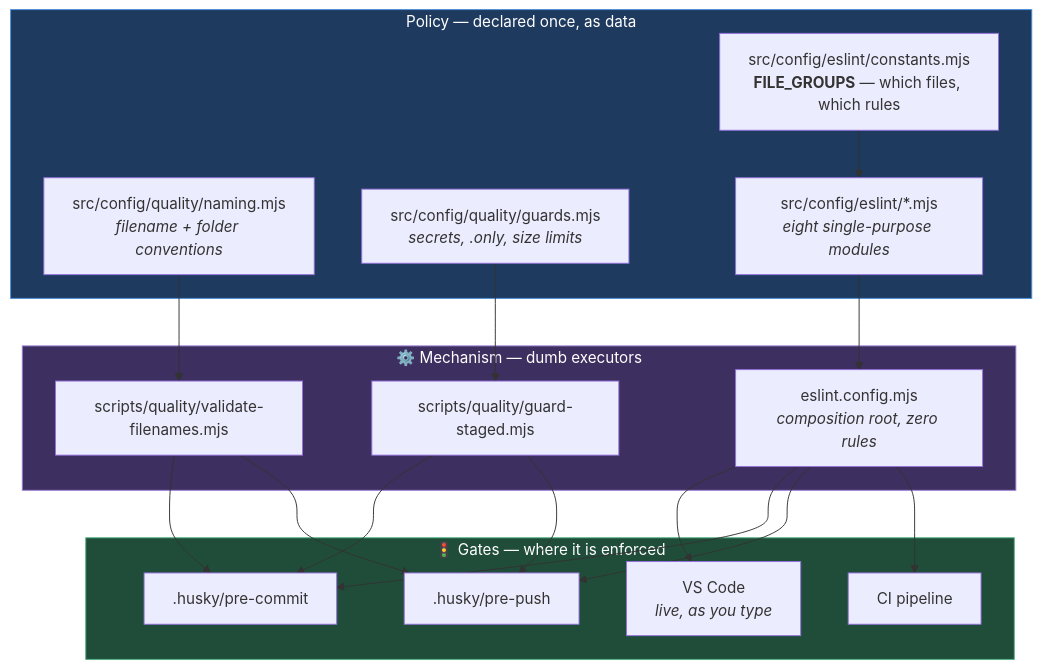
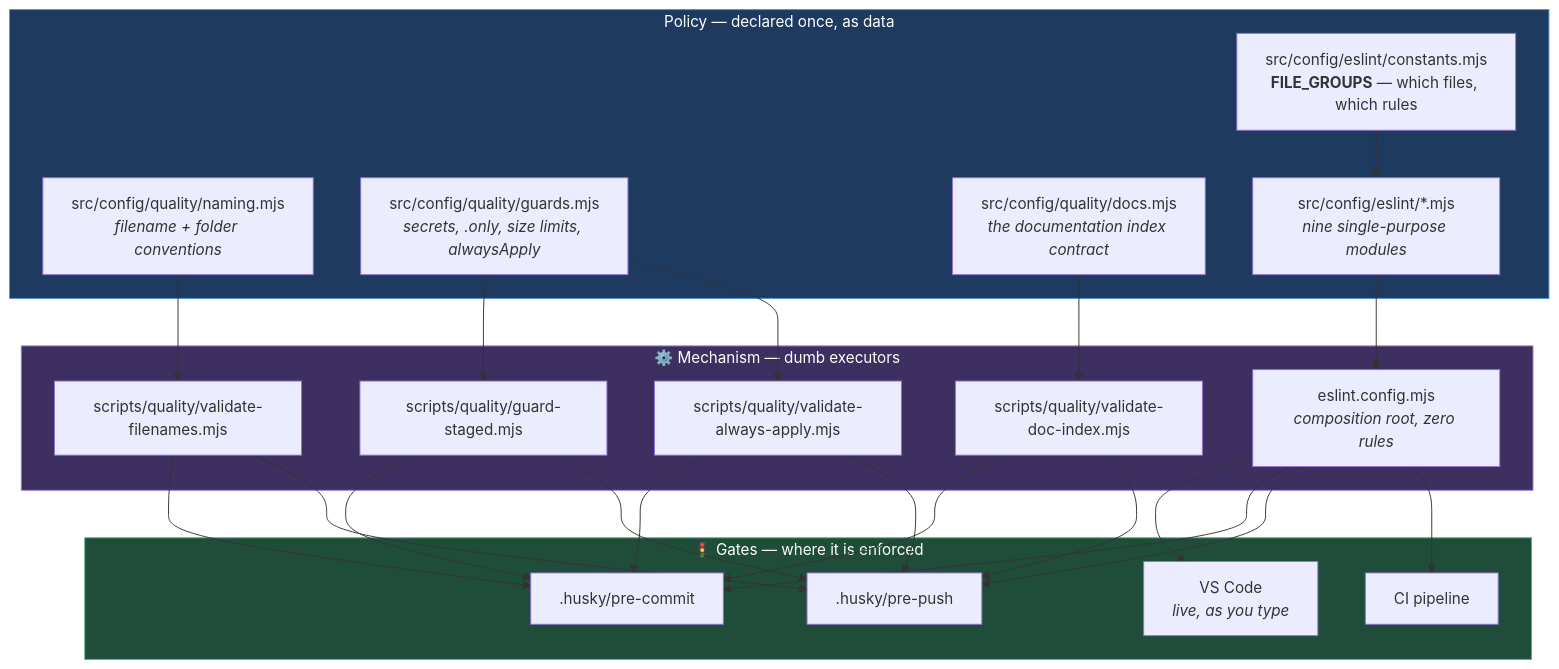
One commit to sinugotshifhiwa4/playwright-ts-automation-framework-codebase changed the first of 6 diagrams in docs/01-config/QUALITY_ARCHITECTURE.md. Above: the diagram before and after it, drawn with Mermaid. The commit also changed other lines of this file and 9 other files, not shown here.

First line of the commit message:
feat(docs): enforce the documentation index

````diff
--- a/docs/01-config/QUALITY_ARCHITECTURE.md
+++ b/docs/01-config/QUALITY_ARCHITECTURE.md
@@ -45,40 +45,49 @@
 ```mermaid
 graph TD
     subgraph POLICY["Policy — declared once, as data"]
         NAMING["src/config/quality/naming.mjs<br/><i>filename + folder conventions</i>"]
-        GUARDS["src/config/quality/guards.mjs<br/><i>secrets, .only, size limits</i>"]
-        ESLINT_C["src/config/eslint/*.mjs<br/><i>eight single-purpose modules</i>"]
+        GUARDS["src/config/quality/guards.mjs<br/><i>secrets, .only, size limits, alwaysApply</i>"]
+        DOCS["src/config/quality/docs.mjs<br/><i>the documentation index contract</i>"]
+        ESLINT_C["src/config/eslint/*.mjs<br/><i>nine single-purpose modules</i>"]
         CONST["src/config/eslint/constants.mjs<br/><b>FILE_GROUPS</b> — which files, which rules"]
     end
 
     subgraph MECHANISM["⚙️ Mechanism — dumb executors"]
         VF["scripts/quality/validate-filenames.mjs"]
         GS["scripts/quality/guard-staged.mjs"]
+        VA["scripts/quality/validate-always-apply.mjs"]
+        VD["scripts/quality/validate-doc-index.mjs"]
         ESLINT["eslint.config.mjs<br/><i>composition root, zero rules</i>"]
     end
 
     subgraph GATES["🚦 Gates — where it is enforced"]
         IDE["VS Code<br/><i>live, as you type</i>"]
         PC[".husky/pre-commit"]
         PP[".husky/pre-push"]
         CI["CI pipeline"]
     end
 
     NAMING --> VF
     GUARDS --> GS
+    GUARDS --> VA
+    DOCS --> VD
     CONST --> ESLINT_C
     ESLINT_C --> ESLINT
 
     VF --> PC
     GS --> PC
+    VA --> PC
+    VD --> PC
     ESLINT --> IDE
     ESLINT --> PC
     VF --> PP
     GS --> PP
+    VA --> PP
+    VD --> PP
     ESLINT --> PP
     ESLINT --> CI
 
     style POLICY fill:#1e3a5f,stroke:#4a90d9,color:#fff
     style MECHANISM fill:#3d2f5f,stroke:#9b7fd4,color:#fff
     style GATES fill:#1f4d3a,stroke:#4caf7d,color:#fff
 ```
````
